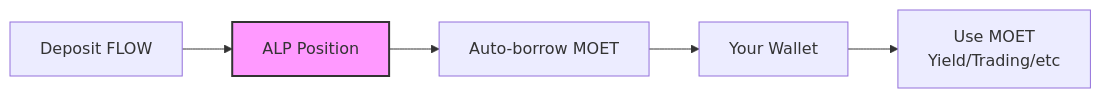
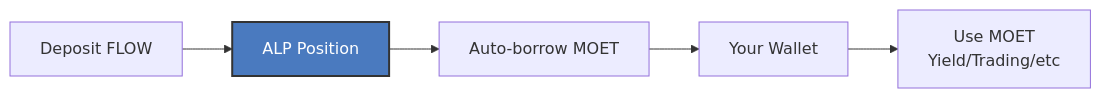
Before and after one commit to onflow/docs: the fifth of 11 diagrams in docs/defi/alp/moet-role.md, drawn with Mermaid. The commit also changed other lines of this file and 12 other files, not shown here.

````diff
--- a/docs/defi/alp/moet-role.md
+++ b/docs/defi/alp/moet-role.md
@@ -135,9 +133,9 @@
 ```mermaid
 graph LR
     User[Deposit FLOW] --> ALP[ALP Position]
     ALP --> Auto[Auto-borrow MOET]
     Auto --> Wallet[Your Wallet]
     Wallet --> Use[Use MOET<br/>Yield/Trading/etc]
 
-    style ALP fill:#f9f,stroke:#333,stroke-width:2px
+    style ALP fill:#4a7abf,stroke:#333,stroke-width:2px,color:#fff
 ```
````
